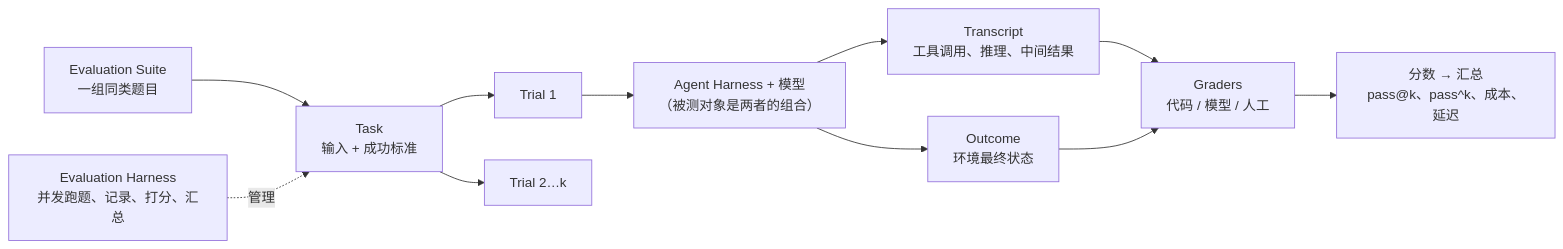
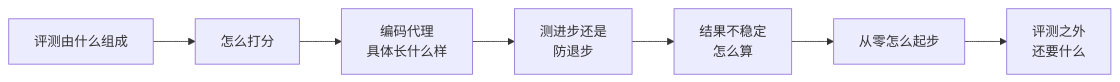
The diagram in docs/19-anthropic-demystifying-agent-evals.md (yzw7489757/ai-coding-videos), drawn with Mermaid before and after one commit. The commit also changed other lines of this file and 9 other files, not shown here.

````diff
--- a/docs/19-anthropic-demystifying-agent-evals.md
+++ b/docs/19-anthropic-demystifying-agent-evals.md
@@ -48,13 +69,9 @@
 ```mermaid
-graph LR
-    SUITE["Evaluation Suite<br/>一组同类题目"] --> TASK["Task<br/>输入 + 成功标准"]
-    TASK --> T1["Trial 1"]
-    TASK --> T2["Trial 2…k"]
-    T1 --> AH["Agent Harness + 模型<br/>（被测对象是两者的组合）"]
-    AH --> TR["Transcript<br/>工具调用、推理、中间结果"]
-    AH --> OUT["Outcome<br/>环境最终状态"]
-    TR --> G["Graders<br/>代码 / 模型 / 人工"]
-    OUT --> G
-    G --> SCORE["分数 → 汇总<br/>pass@k、pass^k、成本、延迟"]
-    EH["Evaluation Harness<br/>并发跑题、记录、打分、汇总"] -.管理.-> TASK
+flowchart LR
+    A["评测由什么组成"] --> B["怎么打分"]
+    B --> C["编码代理<br/>具体长什么样"]
+    C --> D["测进步还是<br/>防退步"]
+    D --> E["结果不稳定<br/>怎么算"]
+    E --> F["从零怎么起步"]
+    F --> G["评测之外<br/>还要什么"]
 ```
````
